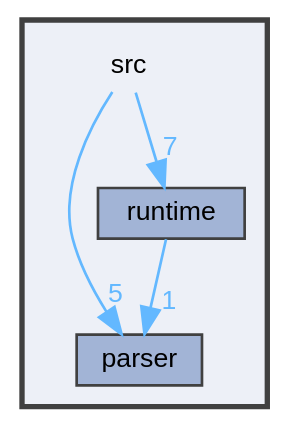
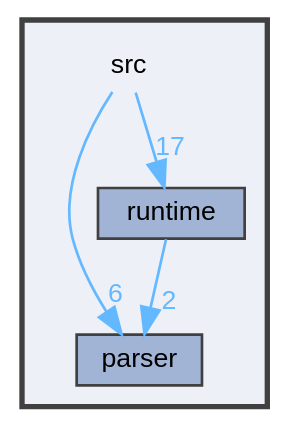
Before and after one commit to kejunp/kejunp.github.io: the diagram in pebbl/docs/dir_68267d1309a1af8e8297ef4c3efbcdba_dep.dot, drawn with Graphviz. The commit also changed 238 other files, not shown here.

```diff
--- a/pebbl/docs/dir_68267d1309a1af8e8297ef4c3efbcdba_dep.dot
+++ b/pebbl/docs/dir_68267d1309a1af8e8297ef4c3efbcdba_dep.dot
@@ -1,17 +1,17 @@
 digraph "src"
 {
  // LATEX_PDF_SIZE
   bgcolor="transparent";
   edge [fontname=Helvetica,fontsize=10,labelfontname=Helvetica,labelfontsize=10];
   node [fontname=Helvetica,fontsize=10,shape=box,height=0.2,width=0.4];
   compound=true
   subgraph clusterdir_68267d1309a1af8e8297ef4c3efbcdba {
     graph [ bgcolor="#edf0f7", pencolor="grey25", label="", fontname=Helvetica,fontsize=10 style="filled,bold", URL="dir_68267d1309a1af8e8297ef4c3efbcdba.html",tooltip=""]
     dir_68267d1309a1af8e8297ef4c3efbcdba [shape=plaintext, label="src"];
   dir_6cd8491d143eb218b70983dbdb3c58bc [label="parser", fillcolor="#a2b4d6", color="grey25", style="filled", URL="dir_6cd8491d143eb218b70983dbdb3c58bc.html",tooltip=""];
   dir_bf9f26469d00835ba20ff8d80ee5a804 [label="runtime", fillcolor="#a2b4d6", color="grey25", style="filled", URL="dir_bf9f26469d00835ba20ff8d80ee5a804.html",tooltip=""];
   }
-  dir_68267d1309a1af8e8297ef4c3efbcdba->dir_6cd8491d143eb218b70983dbdb3c58bc [headlabel="5", labeldistance=1.5 headhref="dir_000007_000005.html" href="dir_000007_000005.html" color="steelblue1" fontcolor="steelblue1"];
-  dir_68267d1309a1af8e8297ef4c3efbcdba->dir_bf9f26469d00835ba20ff8d80ee5a804 [headlabel="7", labeldistance=1.5 headhref="dir_000007_000006.html" href="dir_000007_000006.html" color="steelblue1" fontcolor="steelblue1"];
-  dir_bf9f26469d00835ba20ff8d80ee5a804->dir_6cd8491d143eb218b70983dbdb3c58bc [headlabel="1", labeldistance=1.5 headhref="dir_000006_000005.html" href="dir_000006_000005.html" color="steelblue1" fontcolor="steelblue1"];
+  dir_68267d1309a1af8e8297ef4c3efbcdba->dir_6cd8491d143eb218b70983dbdb3c58bc [headlabel="6", labeldistance=1.5 headhref="dir_000008_000006.html" href="dir_000008_000006.html" color="steelblue1" fontcolor="steelblue1"];
+  dir_68267d1309a1af8e8297ef4c3efbcdba->dir_bf9f26469d00835ba20ff8d80ee5a804 [headlabel="17", labeldistance=1.5 headhref="dir_000008_000007.html" href="dir_000008_000007.html" color="steelblue1" fontcolor="steelblue1"];
+  dir_bf9f26469d00835ba20ff8d80ee5a804->dir_6cd8491d143eb218b70983dbdb3c58bc [headlabel="2", labeldistance=1.5 headhref="dir_000007_000006.html" href="dir_000007_000006.html" color="steelblue1" fontcolor="steelblue1"];
 }
```
